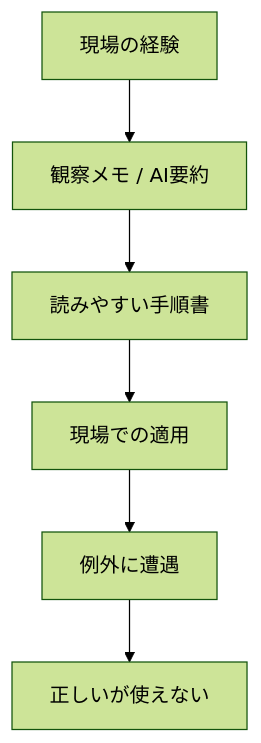
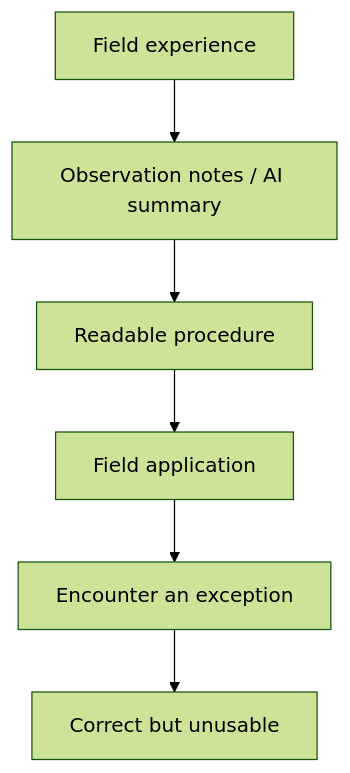
One commit to daylight55/research changed the second of 2 diagrams in content/blog/en/tacit-knowledge-ai-summarization.mdx. Above: the diagram before and after it, drawn with Mermaid (forest theme). The commit also changed other lines of this file and 26 other files, not shown here.

Commit message:
Translate English Mermaid labels

````diff
--- a/content/blog/en/tacit-knowledge-ai-summarization.mdx
+++ b/content/blog/en/tacit-knowledge-ai-summarization.mdx
@@ -82,8 +82,8 @@
 ```mermaid
 flowchart TB
-  A["現場の経験"] --> B["観察メモ / AI要約"]
-  B --> C["読みやすい手順書"]
-  C --> D["現場での適用"]
-  D --> E["例外に遭遇"]
-  E --> F["正しいが使えない"]
+  A["Field experience"] --> B["Observation notes / AI summary"]
+  B --> C["Readable procedure"]
+  C --> D["Field application"]
+  D --> E["Encounter an exception"]
+  E --> F["Correct but unusable"]
 ```
````
